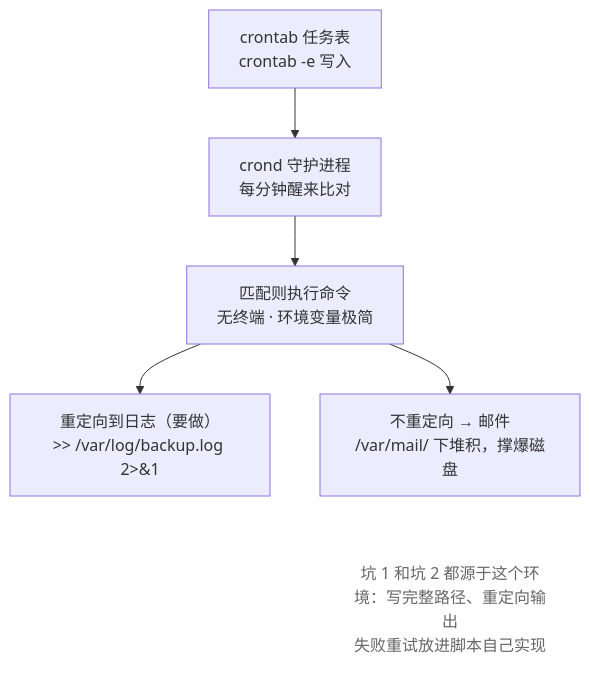
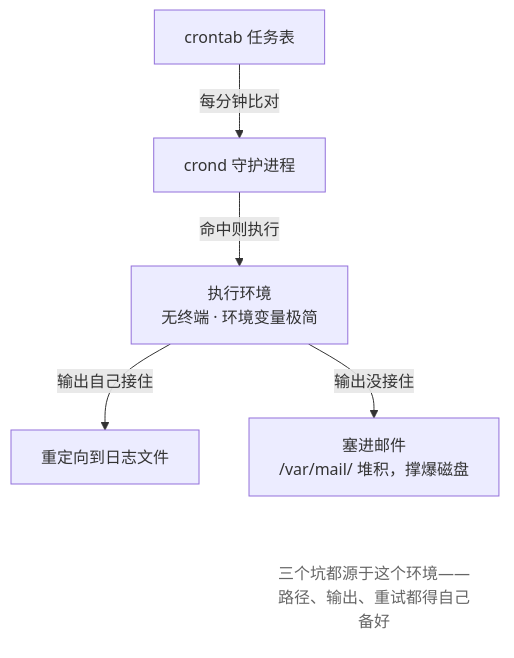
One commit to wangxiangnan/wangxiangnan.github.io changed the second of 2 diagrams in src/linux-command/ch12.md. Above: the diagram before and after it, drawn with Mermaid. The commit also changed other lines of this file and 25 other files, not shown here.

````diff
--- a/src/linux-command/ch12.md
+++ b/src/linux-command/ch12.md
@@ -165,13 +165,13 @@
 ```mermaid
 flowchart TB
-    A["crontab 任务表<br>crontab -e 写入"] --> B["crond 守护进程<br>每分钟醒来比对"]
-    B --> C["匹配则执行命令<br>无终端 · 环境变量极简"]
-    C --> D["重定向到日志（要做）<br>>> /var/log/backup.log 2>&amp;1"]
-    C --> E["不重定向 → 邮件<br>/var/mail/ 下堆积，撑爆磁盘"]
-    N["坑 1 和坑 2 都源于这个环境：写完整路径、重定向输出<br>失败重试放进脚本自己实现"]
+    A["crontab 任务表"] -->|每分钟比对| B["crond 守护进程"]
+    B -->|命中则执行| C["执行环境<br>无终端 · 环境变量极简"]
+    C -->|输出自己接住| D["重定向到日志文件"]
+    C -->|输出没接住| E["塞进邮件<br>/var/mail/ 堆积，撑爆磁盘"]
+    N["三个坑都源于这个环境——路径、输出、重试都得自己备好"]
 
     E ~~~ N
 
     classDef note fill:none,stroke:none,color:#666
     class N note
 ```
````
